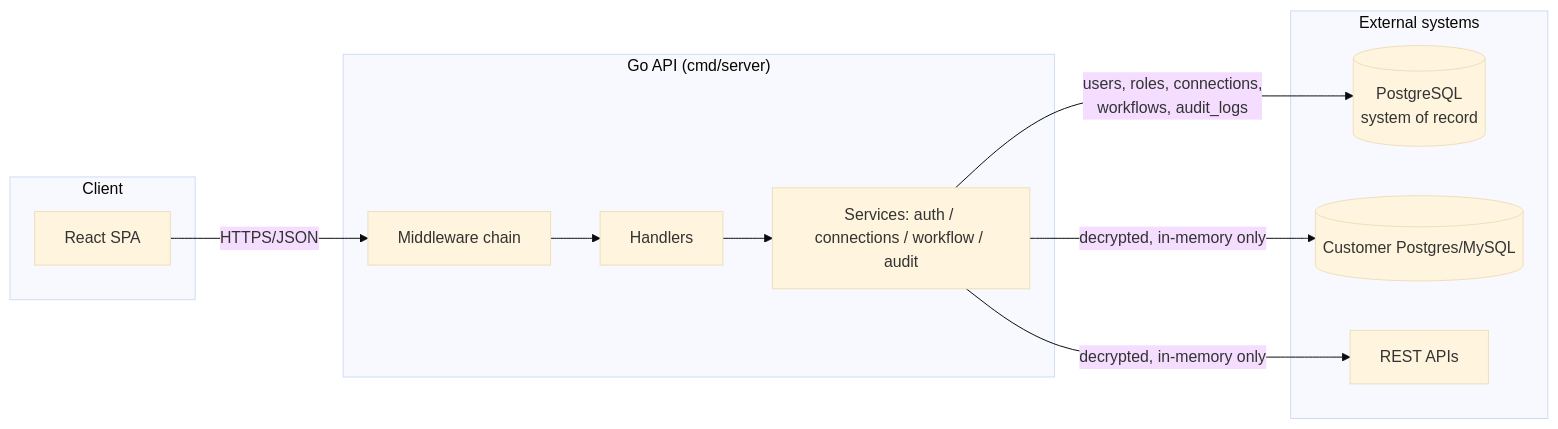
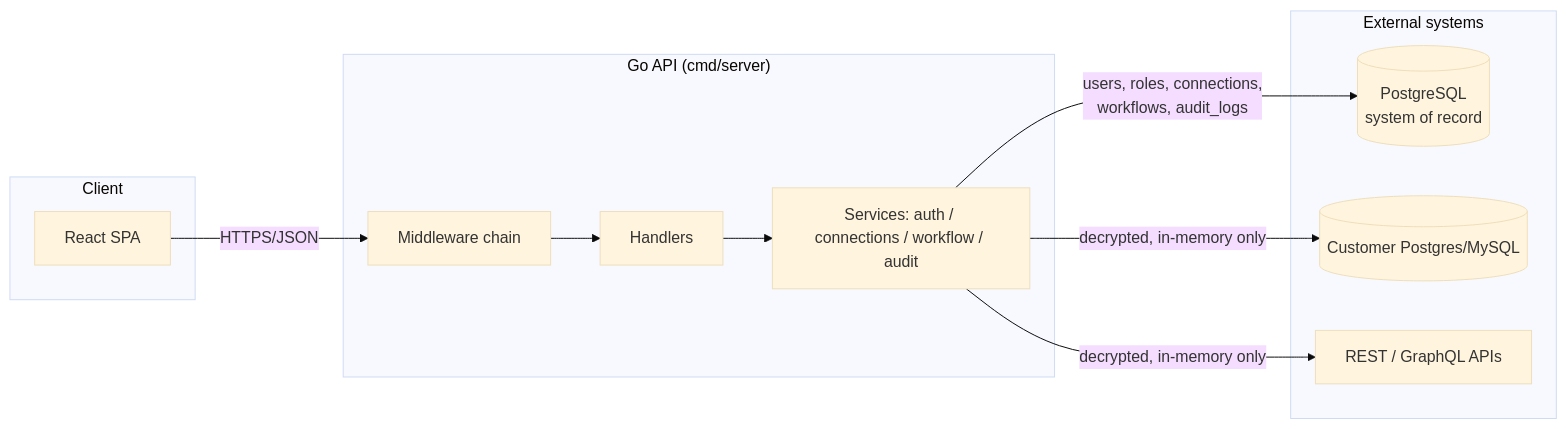
One commit to yesoreyeram/data-explorer changed the first of 2 diagrams in docs/ARCHITECTURE.md. Above: the diagram before and after it, drawn with Mermaid (base theme). The commit also changed other lines of this file and 97 other files, not shown here.

````diff
--- a/docs/ARCHITECTURE.md
+++ b/docs/ARCHITECTURE.md
@@ -14,23 +14,23 @@
 ```mermaid
 flowchart LR
     subgraph Client
         SPA[React SPA]
     end
 
     subgraph API["Go API (cmd/server)"]
         MW[Middleware chain]
         H[Handlers]
         SVC[Services: auth / connections / workflow / audit]
     end
 
     subgraph External["External systems"]
         PG[(PostgreSQL\nsystem of record)]
         DS1[(Customer Postgres/MySQL)]
-        DS2[REST APIs]
+        DS2[REST / GraphQL APIs]
     end
 
     SPA -- HTTPS/JSON --> MW --> H --> SVC
     SVC -- users, roles, connections,\nworkflows, audit_logs --> PG
     SVC -- decrypted, in-memory only --> DS1
     SVC -- decrypted, in-memory only --> DS2
 ```
````
